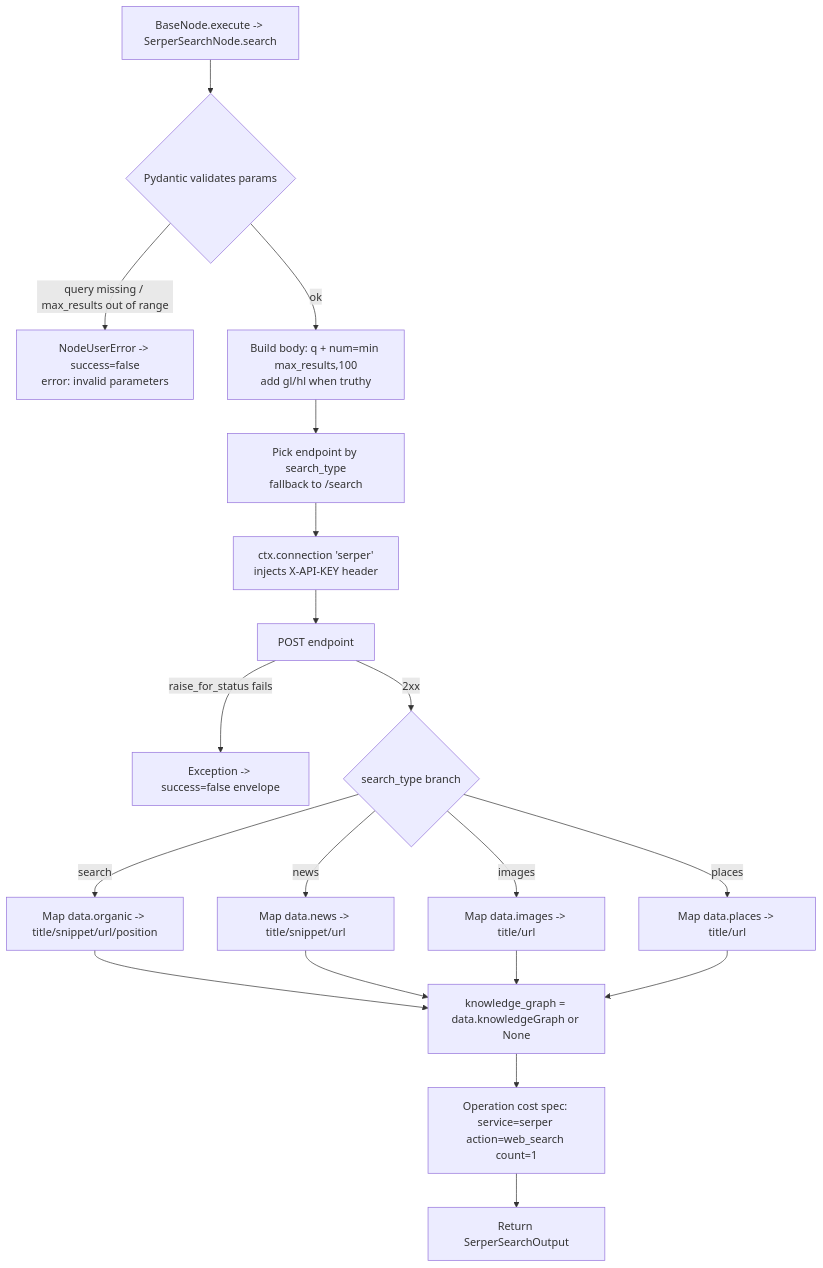
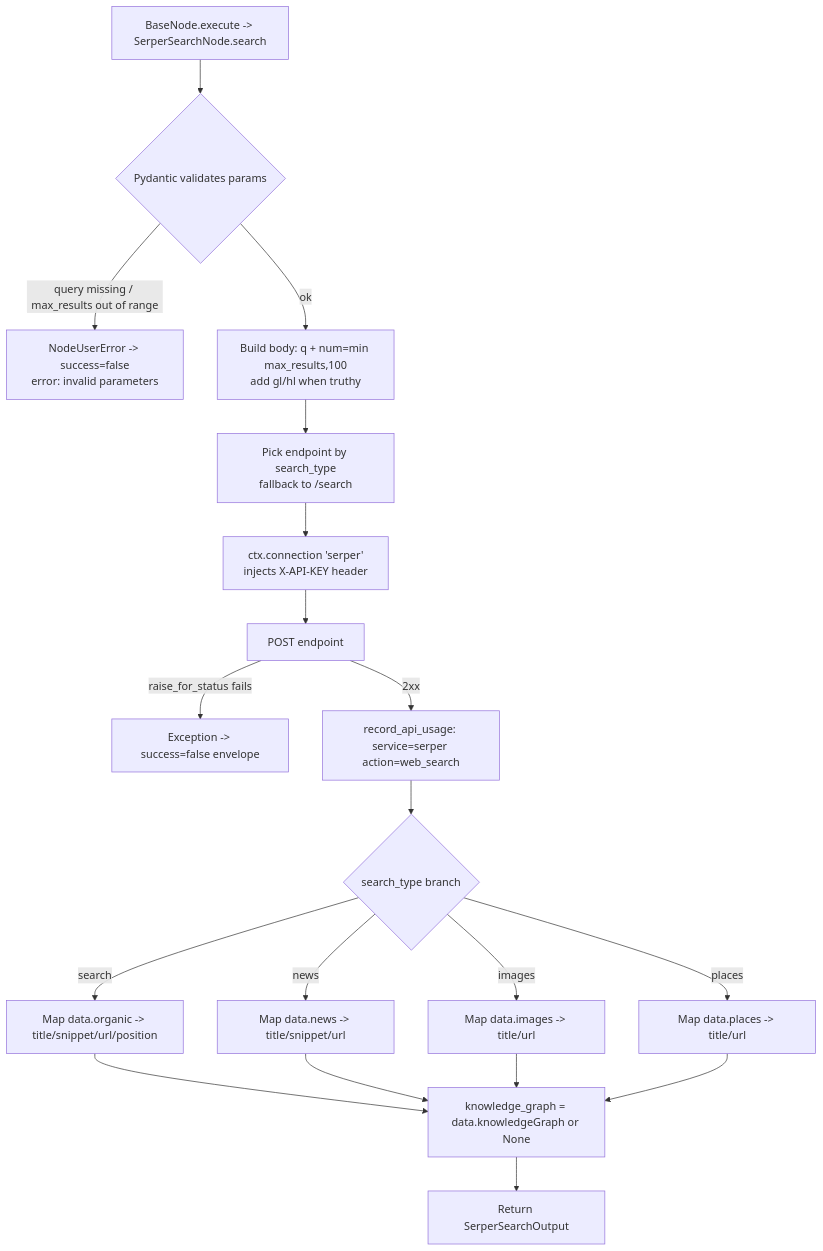
Before and after one commit to zeenie-ai/OpenCompany: the diagram in docs-internal/node-logic-flows/search/serperSearch.md, drawn with Mermaid. The commit also changed other lines of this file and 9 other files, not shown here.

First line of the commit message:
feat(search): web search calls are booked

````diff
--- a/docs-internal/node-logic-flows/search/serperSearch.md
+++ b/docs-internal/node-logic-flows/search/serperSearch.md
@@ -70,21 +70,21 @@
 ```mermaid
 flowchart TD
   A[BaseNode.execute -> SerperSearchNode.search] --> B{Pydantic validates params}
   B -- query missing / max_results out of range --> Eret[NodeUserError -> success=false<br/>error: invalid parameters]
   B -- ok --> C[Build body: q + num=min max_results,100<br/>add gl/hl when truthy]
   C --> F[Pick endpoint by search_type<br/>fallback to /search]
   F --> D[ctx.connection 'serper'<br/>injects X-API-KEY header]
   D --> G[POST endpoint]
   G -- raise_for_status fails --> Estat[Exception -> success=false envelope]
-  G -- 2xx --> H{search_type branch}
+  G -- 2xx --> L[record_api_usage: service=serper action=web_search]
+  L --> H{search_type branch}
   H -- search --> J1[Map data.organic -> title/snippet/url/position]
   H -- news --> J2[Map data.news -> title/snippet/url]
   H -- images --> J3[Map data.images -> title/url]
   H -- places --> J4[Map data.places -> title/url]
   J1 --> K[knowledge_graph = data.knowledgeGraph or None]
   J2 --> K
   J3 --> K
   J4 --> K
-  K --> L[Operation cost spec: service=serper action=web_search count=1]
-  L --> M[Return SerperSearchOutput]
+  K --> M[Return SerperSearchOutput]
 ```
````
